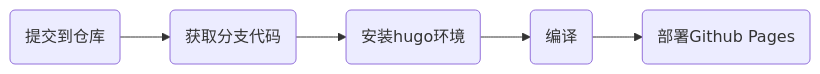
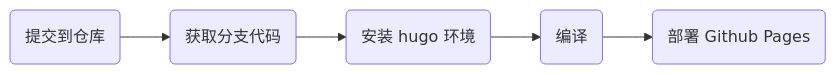
One commit to JiangBao/jiangbao-hugo-blog changed the diagram in content/posts/使用GitubActions部署Hugo博客.md. Above: the diagram before and after it, drawn with Mermaid. The commit also changed other lines of this file and 44 other files, not shown here.

```diff
--- a/content/posts/使用GitubActions部署Hugo博客.md
+++ b/content/posts/使用GitubActions部署Hugo博客.md
@@ -49,7 +49,7 @@
 {{< mermaid >}}
 graph LR;
     A(提交到仓库) --> B(获取分支代码)
-    B --> C(安装hugo环境)
+    B --> C(安装 hugo 环境)
     C --> D(编译)
-    D --> E(部署Github Pages)
+    D --> E(部署 Github Pages)
 {{< /mermaid >}}
```
